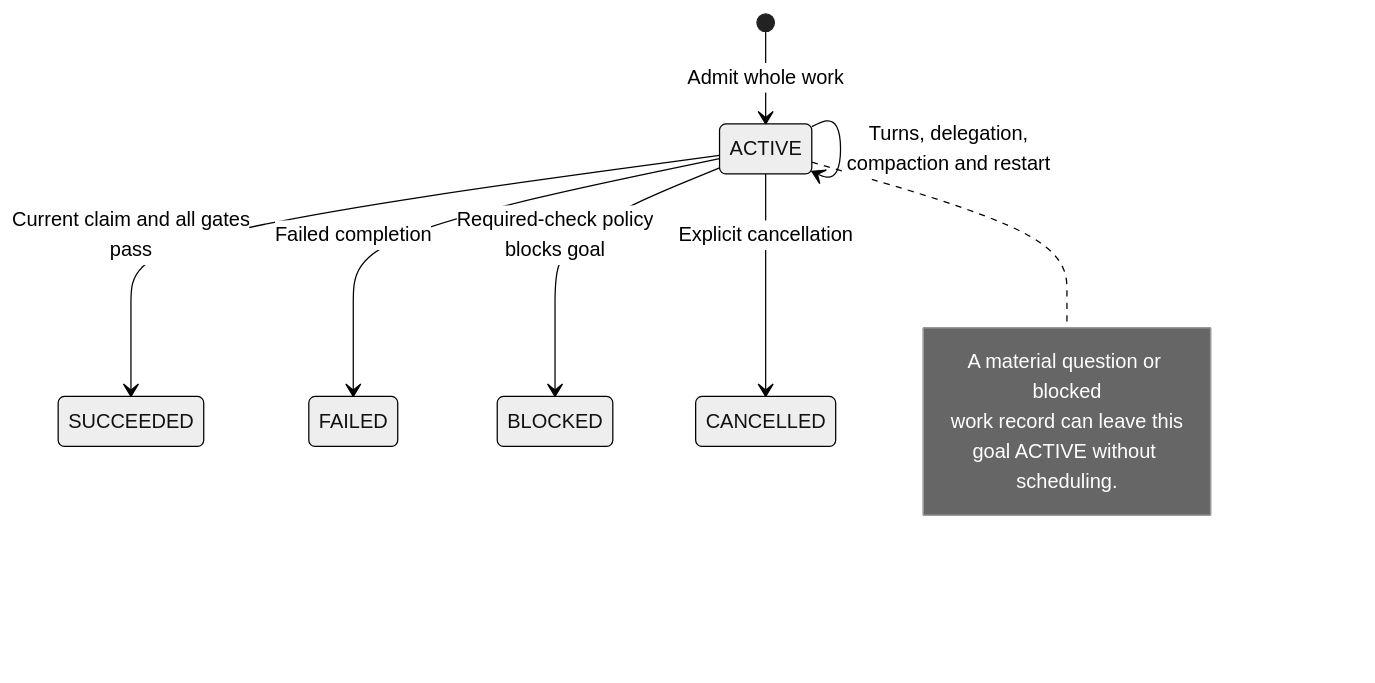
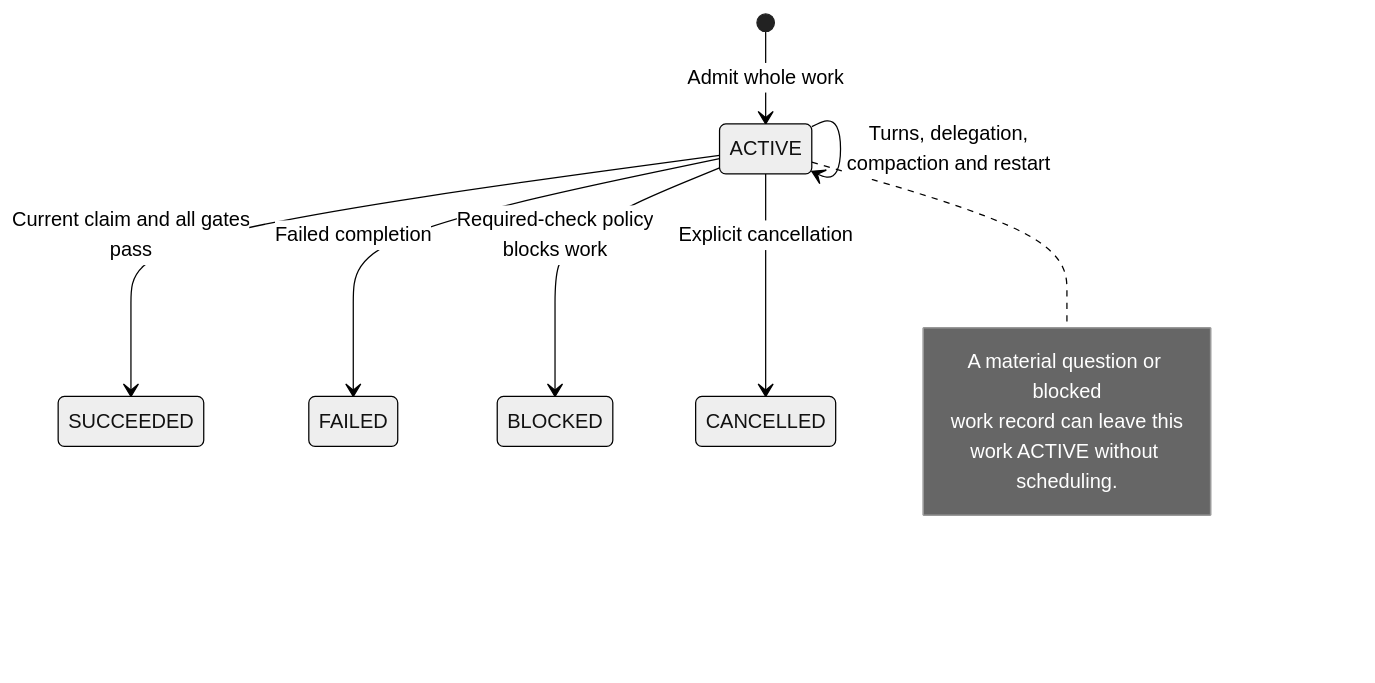
Diagram 12 of 35 in docs/ARCHITECTURE.md (seek-hope/TeamAgents), drawn with Mermaid (neutral theme) before and after one commit. The commit also changed other lines of this file and 177 other files, not shown here.

Commit message:
Remove goal entity and migrate to work scopes

````diff
--- a/docs/ARCHITECTURE.md
+++ b/docs/ARCHITECTURE.md
@@ -515,16 +515,16 @@
 ```mermaid
 stateDiagram-v2
-    accTitle: Goal outcomes
-    accDescr: A goal remains active over many turns and instances. Success requires completion guards; failed, blocked and cancelled goals keep their history and are not automatically reopened.
+    accTitle: Work outcomes
+    accDescr: A work remains active over many turns and instances. Success requires completion guards; failed, blocked and cancelled work_scopes keep their history and are not automatically reopened.
     [*] --> ACTIVE: Admit whole work
     ACTIVE --> ACTIVE: Turns, delegation,<br/>compaction and restart
     ACTIVE --> SUCCEEDED: Current claim and all gates<br/>pass
     ACTIVE --> FAILED: Failed completion
-    ACTIVE --> BLOCKED: Required-check policy<br/>blocks goal
+    ACTIVE --> BLOCKED: Required-check policy<br/>blocks work
     ACTIVE --> CANCELLED: Explicit cancellation
     note right of ACTIVE
         A material question or blocked
         work record can leave this
-        goal ACTIVE without scheduling.
+        work ACTIVE without scheduling.
     end note
 ```
````
